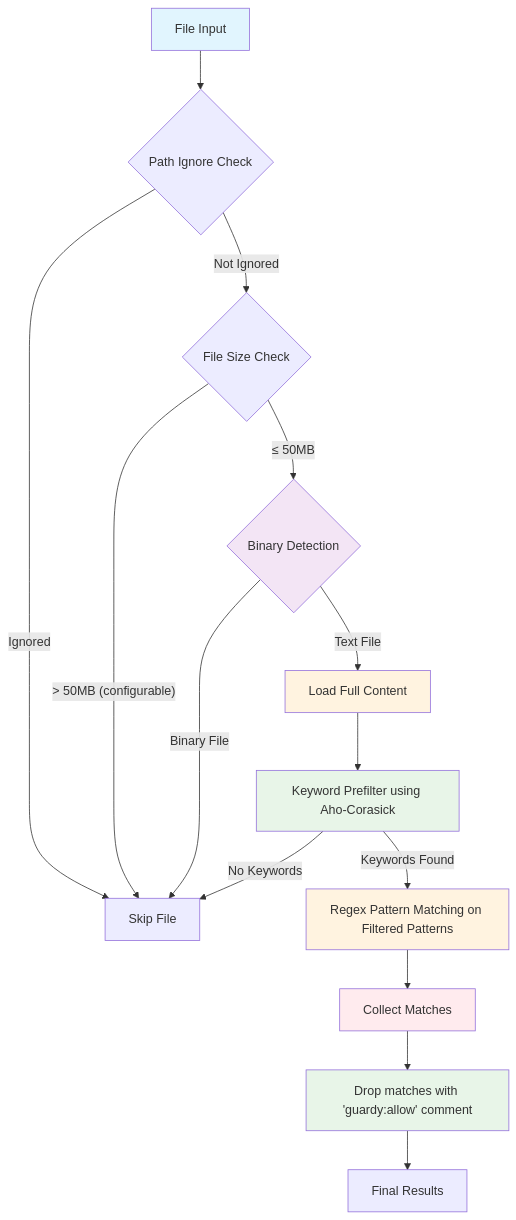
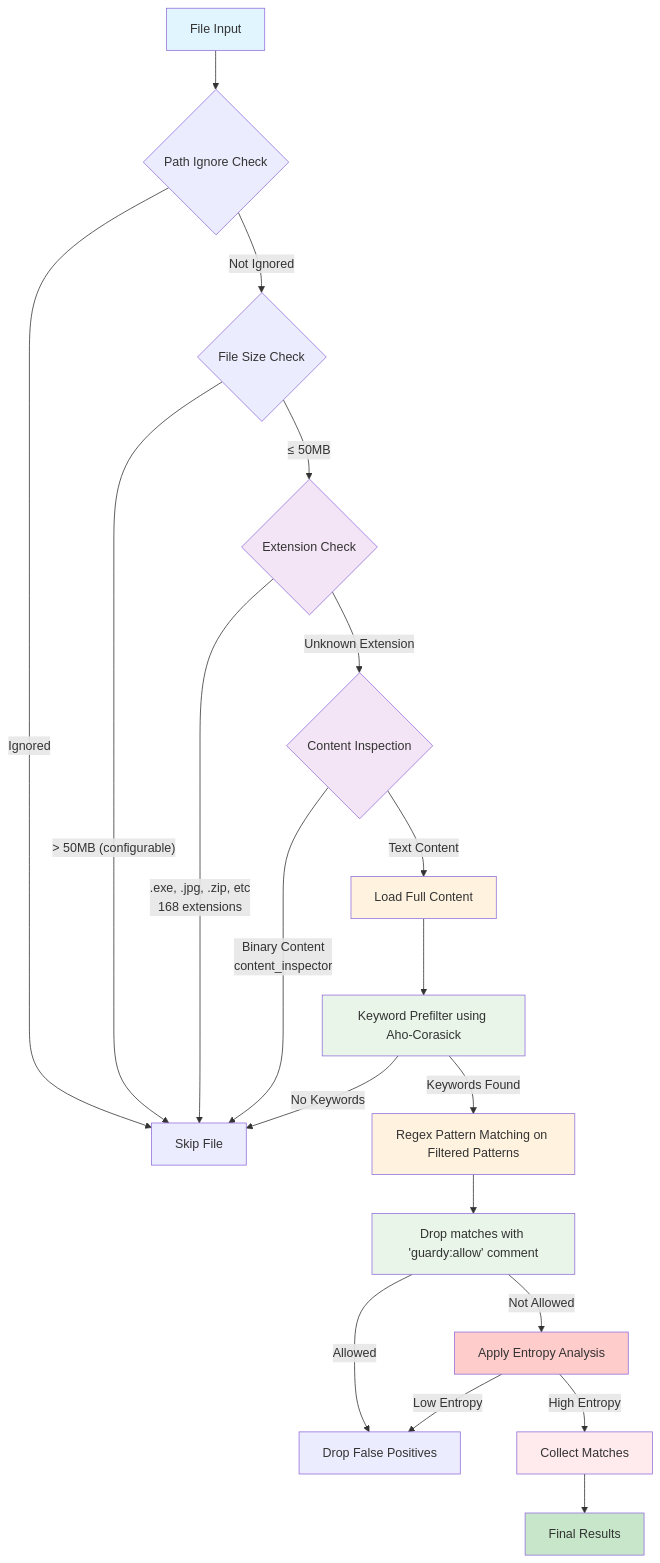
The diagram in plans/plan_optimized_scanner.md (deepbrainspace/guardy), drawn with Mermaid before and after one commit. The commit also changed other lines of this file and 2 other files, not shown here.

````diff
--- a/plans/plan_optimized_scanner.md
+++ b/plans/plan_optimized_scanner.md
@@ -19,24 +19,32 @@
 ```mermaid
 graph TD
     A[File Input] --> B{Path Ignore Check}
     B -->|Ignored| Z[Skip File]
     B -->|Not Ignored| C{File Size Check}
     C -->|"&gt; 50MB (configurable)"| Z[Skip File]
-    C -->|"≤ 50MB"| D{Binary Detection}
-    D -->|Binary File| Z
-    D -->|Text File| G[Load Full Content]
+    C -->|"≤ 50MB"| D1{Extension Check}
+    D1 -->|".exe, .jpg, .zip, etc<br/>168 extensions"| Z
+    D1 -->|Unknown Extension| D2{Content Inspection}
+    D2 -->|Binary Content<br/>content_inspector| Z
+    D2 -->|Text Content| G[Load Full Content]
     G --> H[Keyword Prefilter using Aho-Corasick]
     H -->|No Keywords| Z[Skip File]
     H -->|Keywords Found| I[Regex Pattern Matching on Filtered Patterns]
-    I --> J[Collect Matches]
-    J --> K[Drop matches with 'guardy:allow' comment]
-    K --> L[Final Results]
+    I --> J[Drop matches with 'guardy:allow' comment]
+    J -->|Allowed| M[Skip Match]
+    J -->|Not Allowed| K[Apply Entropy Analysis]
+    K -->|Low Entropy| M[Drop False Positives]
+    K -->|High Entropy| L[Collect Matches]
+    L --> N[Final Results]
     
     style A fill:#e1f5fe
-    style D fill:#f3e5f5
+    style D1 fill:#f3e5f5
+    style D2 fill:#f3e5f5
     style G fill:#fff3e0
     style H fill:#e8f5e8
     style I fill:#fff3e0
-    style J fill:#ffebee
-    style K fill:#e8f5e8
+    style J fill:#e8f5e8
+    style K fill:#ffcccc
+    style L fill:#ffebee
+    style N fill:#c8e6c9
 ```
````
